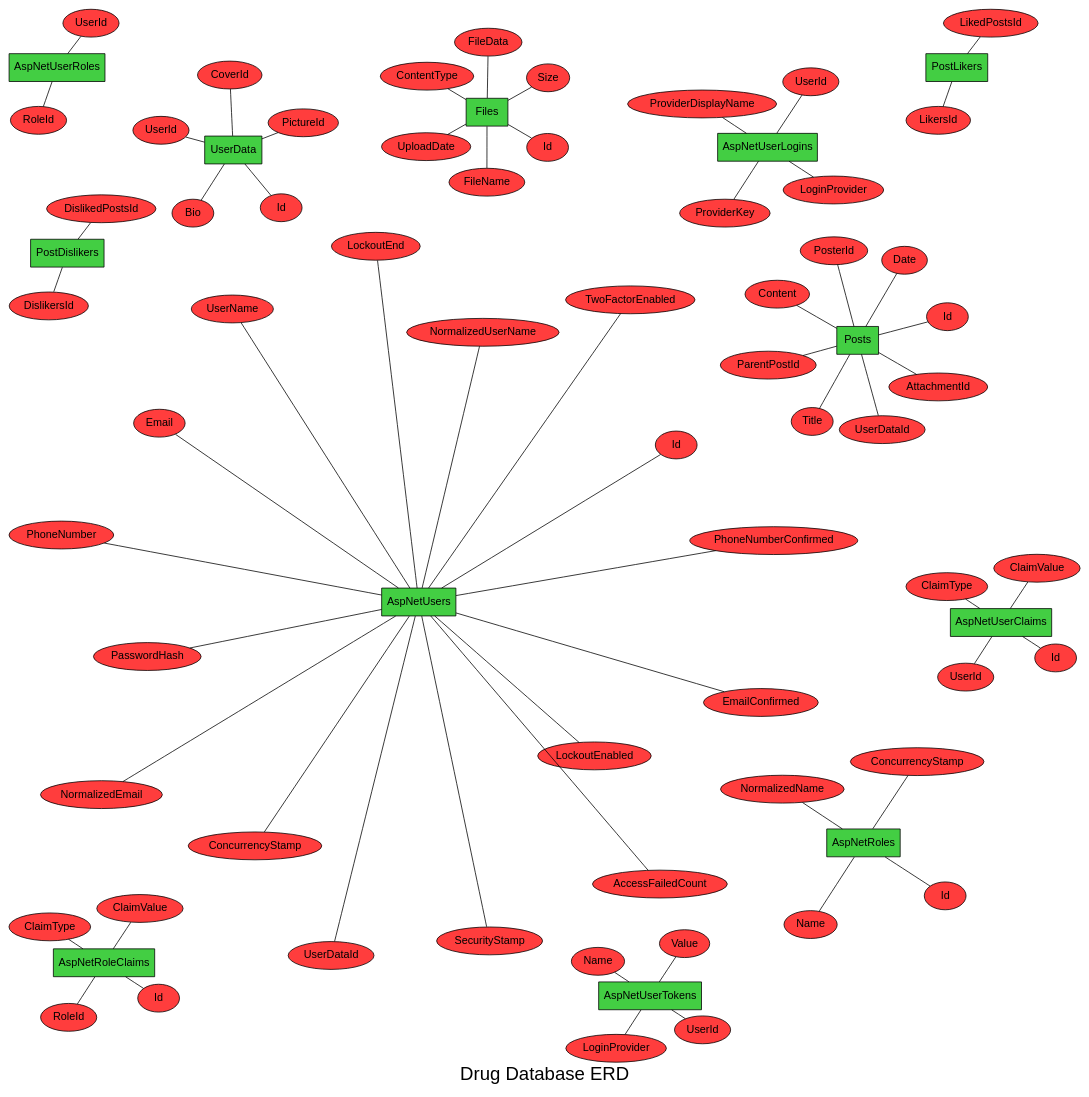
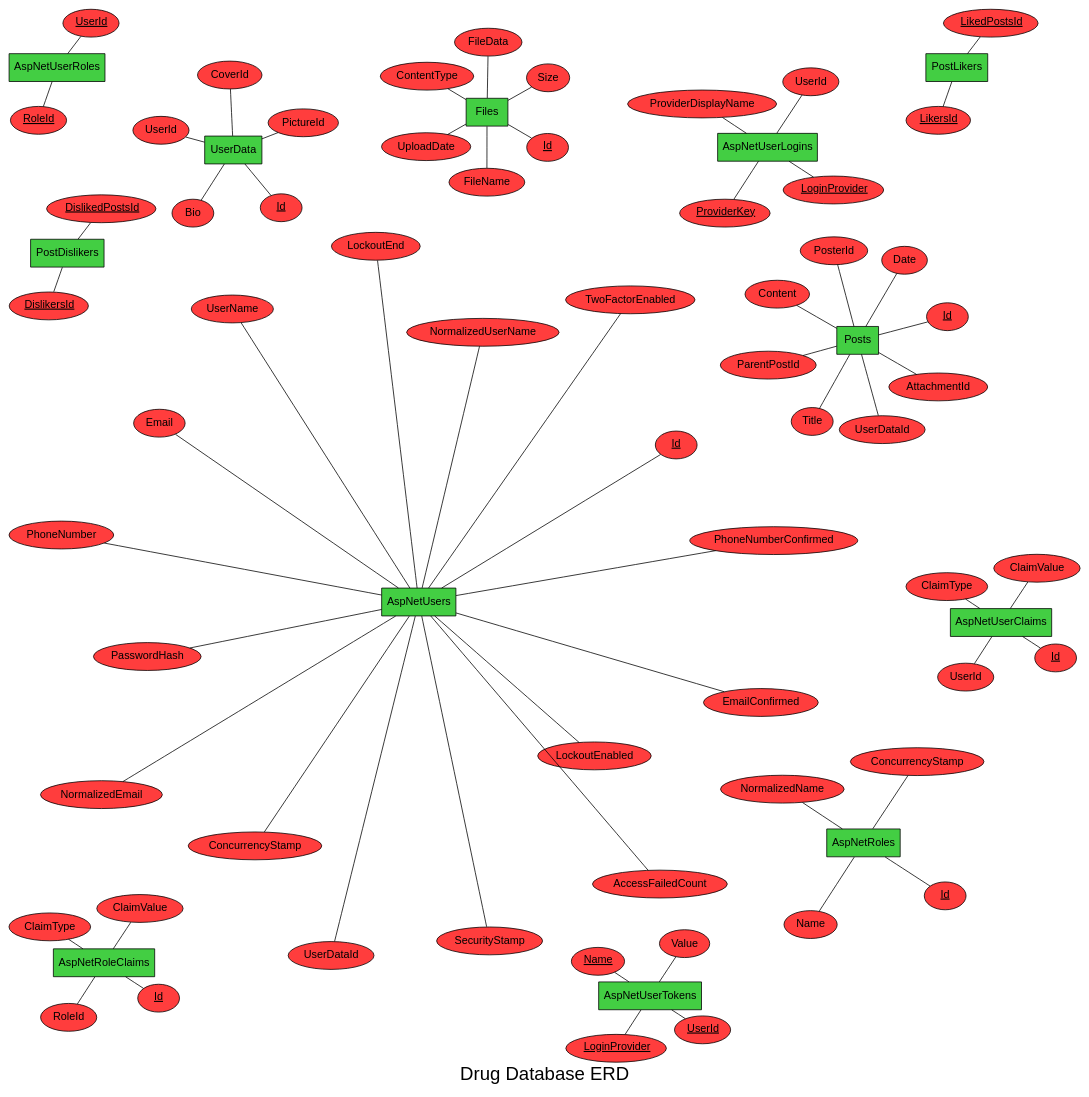
The diagram in test.dot (mhdeeb/sql2dot), drawn with Graphviz before and after one commit. The commit also changed 1 other file, not shown here.

Commit message:
WIP: relationships

```diff
--- a/test.dot
+++ b/test.dot
@@ -1,204 +1,207 @@
+
 graph ER {
-    fontname = "Helvetica,Arial,sans-serif";
-    label = "Drug Database ERD";
-    fontsize = 24;
-    layout = neato;
-    overlap = "scale";
-    node [fontname = "Helvetica,Arial,sans-serif";];
-    edge [fontname = "Helvetica,Arial,sans-serif";];
+  fontname = "Helvetica,Arial,sans-serif";
+  label = "Drug Database ERD";
+  fontsize = 24;
+  layout = neato;
+  overlap = "scale";
+  node [fontname = "Helvetica,Arial,sans-serif";];
+  edge [fontname = "Helvetica,Arial,sans-serif";];
+
+  subgraph relationships {
+    node [shape = diamond; fillcolor = "#7a7af3"; style = "rounded,filled"; color = black;];
+
     
-    subgraph relationships {
-        node [shape = diamond; fillcolor = "#7a7af3"; style = "rounded,filled"; color = black;];
-    }
-    
-    subgraph entities {
-        node [shape = box; fillcolor = "#43ce43"; style = "filled"; color = black;];
-        
-        AspNetRoles;
-        AspNetUsers;
-        Files;
-        AspNetRoleClaims;
-        AspNetUserClaims;
-        AspNetUserLogins;
-        AspNetUserRoles;
-        AspNetUserTokens;
-        UserData;
-        Posts;
-        PostDislikers;
-        PostLikers;
-    }
-    
-    subgraph attributes {
-        node [shape = ellipse; fillcolor = "#ff3d3d"; style = filled; color = black;];
-        
-        AspNetRoles__Id [label = "Id";];
-        AspNetRoles__Name [label = "Name";];
-        AspNetRoles__NormalizedName [label = "NormalizedName";];
-        AspNetRoles__ConcurrencyStamp [label = "ConcurrencyStamp";];
-        
-        AspNetUsers__Id [label = "Id";];
-        AspNetUsers__UserDataId [label = "UserDataId";];
-        AspNetUsers__UserName [label = "UserName";];
-        AspNetUsers__NormalizedUserName [label = "NormalizedUserName";];
-        AspNetUsers__Email [label = "Email";];
-        AspNetUsers__NormalizedEmail [label = "NormalizedEmail";];
-        AspNetUsers__EmailConfirmed [label = "EmailConfirmed";];
-        AspNetUsers__PasswordHash [label = "PasswordHash";];
-        AspNetUsers__SecurityStamp [label = "SecurityStamp";];
-        AspNetUsers__ConcurrencyStamp [label = "ConcurrencyStamp";];
-        AspNetUsers__PhoneNumber [label = "PhoneNumber";];
-        AspNetUsers__PhoneNumberConfirmed [label = "PhoneNumberConfirmed";];
-        AspNetUsers__TwoFactorEnabled [label = "TwoFactorEnabled";];
-        AspNetUsers__LockoutEnd [label = "LockoutEnd";];
-        AspNetUsers__LockoutEnabled [label = "LockoutEnabled";];
-        AspNetUsers__AccessFailedCount [label = "AccessFailedCount";];
-        
-        Files__Id [label = "Id";];
-        Files__FileName [label = "FileName";];
-        Files__ContentType [label = "ContentType";];
-        Files__Size [label = "Size";];
-        Files__FileData [label = "FileData";];
-        Files__UploadDate [label = "UploadDate";];
-        
-        AspNetRoleClaims__Id [label = "Id";];
-        AspNetRoleClaims__RoleId [label = "RoleId";];
-        AspNetRoleClaims__ClaimType [label = "ClaimType";];
-        AspNetRoleClaims__ClaimValue [label = "ClaimValue";];
-        
-        AspNetUserClaims__Id [label = "Id";];
-        AspNetUserClaims__UserId [label = "UserId";];
-        AspNetUserClaims__ClaimType [label = "ClaimType";];
-        AspNetUserClaims__ClaimValue [label = "ClaimValue";];
-        
-        AspNetUserLogins__LoginProvider [label = "LoginProvider";];
-        AspNetUserLogins__ProviderKey [label = "ProviderKey";];
-        AspNetUserLogins__ProviderDisplayName [label = "ProviderDisplayName";];
-        AspNetUserLogins__UserId [label = "UserId";];
-        
-        AspNetUserRoles__UserId [label = "UserId";];
-        AspNetUserRoles__RoleId [label = "RoleId";];
-        
-        AspNetUserTokens__UserId [label = "UserId";];
-        AspNetUserTokens__LoginProvider [label = "LoginProvider";];
-        AspNetUserTokens__Name [label = "Name";];
-        AspNetUserTokens__Value [label = "Value";];
-        
-        UserData__Id [label = "Id";];
-        UserData__Bio [label = "Bio";];
-        UserData__UserId [label = "UserId";];
-        UserData__PictureId [label = "PictureId";];
-        UserData__CoverId [label = "CoverId";];
-        
-        Posts__Id [label = "Id";];
-        Posts__Title [label = "Title";];
-        Posts__Content [label = "Content";];
-        Posts__Date [label = "Date";];
-        Posts__PosterId [label = "PosterId";];
-        Posts__ParentPostId [label = "ParentPostId";];
-        Posts__AttachmentId [label = "AttachmentId";];
-        Posts__UserDataId [label = "UserDataId";];
-        
-        PostDislikers__DislikedPostsId [label = "DislikedPostsId";];
-        PostDislikers__DislikersId [label = "DislikersId";];
-        
-        PostLikers__LikedPostsId [label = "LikedPostsId";];
-        PostLikers__LikersId [label = "LikersId";];
-    }
-    
-    subgraph AspNetRoles {
-        AspNetRoles -- AspNetRoles__Id;
-        AspNetRoles -- AspNetRoles__Name;
-        AspNetRoles -- AspNetRoles__NormalizedName;
-        AspNetRoles -- AspNetRoles__ConcurrencyStamp;
-    }
-    
-    subgraph AspNetUsers {
-        AspNetUsers -- AspNetUsers__Id;
-        AspNetUsers -- AspNetUsers__UserDataId;
-        AspNetUsers -- AspNetUsers__UserName;
-        AspNetUsers -- AspNetUsers__NormalizedUserName;
-        AspNetUsers -- AspNetUsers__Email;
-        AspNetUsers -- AspNetUsers__NormalizedEmail;
-        AspNetUsers -- AspNetUsers__EmailConfirmed;
-        AspNetUsers -- AspNetUsers__PasswordHash;
-        AspNetUsers -- AspNetUsers__SecurityStamp;
-        AspNetUsers -- AspNetUsers__ConcurrencyStamp;
-        AspNetUsers -- AspNetUsers__PhoneNumber;
-        AspNetUsers -- AspNetUsers__PhoneNumberConfirmed;
-        AspNetUsers -- AspNetUsers__TwoFactorEnabled;
-        AspNetUsers -- AspNetUsers__LockoutEnd;
-        AspNetUsers -- AspNetUsers__LockoutEnabled;
-        AspNetUsers -- AspNetUsers__AccessFailedCount;
-    }
-    
-    subgraph Files {
-        Files -- Files__Id;
-        Files -- Files__FileName;
-        Files -- Files__ContentType;
-        Files -- Files__Size;
-        Files -- Files__FileData;
-        Files -- Files__UploadDate;
-    }
-    
-    subgraph AspNetRoleClaims {
-        AspNetRoleClaims -- AspNetRoleClaims__Id;
-        AspNetRoleClaims -- AspNetRoleClaims__RoleId;
-        AspNetRoleClaims -- AspNetRoleClaims__ClaimType;
-        AspNetRoleClaims -- AspNetRoleClaims__ClaimValue;
-    }
-    
-    subgraph AspNetUserClaims {
-        AspNetUserClaims -- AspNetUserClaims__Id;
-        AspNetUserClaims -- AspNetUserClaims__UserId;
-        AspNetUserClaims -- AspNetUserClaims__ClaimType;
-        AspNetUserClaims -- AspNetUserClaims__ClaimValue;
-    }
-    
-    subgraph AspNetUserLogins {
-        AspNetUserLogins -- AspNetUserLogins__LoginProvider;
-        AspNetUserLogins -- AspNetUserLogins__ProviderKey;
-        AspNetUserLogins -- AspNetUserLogins__ProviderDisplayName;
-        AspNetUserLogins -- AspNetUserLogins__UserId;
-    }
-    
-    subgraph AspNetUserRoles {
-        AspNetUserRoles -- AspNetUserRoles__UserId;
-        AspNetUserRoles -- AspNetUserRoles__RoleId;
-    }
-    
-    subgraph AspNetUserTokens {
-        AspNetUserTokens -- AspNetUserTokens__UserId;
-        AspNetUserTokens -- AspNetUserTokens__LoginProvider;
-        AspNetUserTokens -- AspNetUserTokens__Name;
-        AspNetUserTokens -- AspNetUserTokens__Value;
-    }
-    
-    subgraph UserData {
-        UserData -- UserData__Id;
-        UserData -- UserData__Bio;
-        UserData -- UserData__UserId;
-        UserData -- UserData__PictureId;
-        UserData -- UserData__CoverId;
-    }
-    
-    subgraph Posts {
-        Posts -- Posts__Id;
-        Posts -- Posts__Title;
-        Posts -- Posts__Content;
-        Posts -- Posts__Date;
-        Posts -- Posts__PosterId;
-        Posts -- Posts__ParentPostId;
-        Posts -- Posts__AttachmentId;
-        Posts -- Posts__UserDataId;
-    }
-    
-    subgraph PostDislikers {
-        PostDislikers -- PostDislikers__DislikedPostsId;
-        PostDislikers -- PostDislikers__DislikersId;
-    }
-    
-    subgraph PostLikers {
-        PostLikers -- PostLikers__LikedPostsId;
-        PostLikers -- PostLikers__LikersId;
-    }
+  }
+
+  subgraph entities {
+    node [shape = box; fillcolor = "#43ce43"; style = "filled"; color = black;];
+
+    AspNetRoles;
+    AspNetUsers;
+    Files;
+    AspNetRoleClaims;
+    AspNetUserClaims;
+    AspNetUserLogins;
+    AspNetUserRoles;
+    AspNetUserTokens;
+    UserData;
+    Posts;
+    PostDislikers;
+    PostLikers;
+  }
+
+  subgraph attributes {
+    node [shape = ellipse; fillcolor = "#ff3d3d"; style = filled; color = black;];
+
+    AspNetRoles__Id [label = <<U>Id</U>>;];
+    AspNetRoles__Name [label = "Name";];
+    AspNetRoles__NormalizedName [label = "NormalizedName";];
+    AspNetRoles__ConcurrencyStamp [label = "ConcurrencyStamp";];
+
+    AspNetUsers__Id [label = <<U>Id</U>>;];
+    AspNetUsers__UserDataId [label = "UserDataId";];
+    AspNetUsers__UserName [label = "UserName";];
+    AspNetUsers__NormalizedUserName [label = "NormalizedUserName";];
+    AspNetUsers__Email [label = "Email";];
+    AspNetUsers__NormalizedEmail [label = "NormalizedEmail";];
+    AspNetUsers__EmailConfirmed [label = "EmailConfirmed";];
+    AspNetUsers__PasswordHash [label = "PasswordHash";];
+    AspNetUsers__SecurityStamp [label = "SecurityStamp";];
+    AspNetUsers__ConcurrencyStamp [label = "ConcurrencyStamp";];
+    AspNetUsers__PhoneNumber [label = "PhoneNumber";];
+    AspNetUsers__PhoneNumberConfirmed [label = "PhoneNumberConfirmed";];
+    AspNetUsers__TwoFactorEnabled [label = "TwoFactorEnabled";];
+    AspNetUsers__LockoutEnd [label = "LockoutEnd";];
+    AspNetUsers__LockoutEnabled [label = "LockoutEnabled";];
+    AspNetUsers__AccessFailedCount [label = "AccessFailedCount";];
+
+    Files__Id [label = <<U>Id</U>>;];
+    Files__FileName [label = "FileName";];
+    Files__ContentType [label = "ContentType";];
+    Files__Size [label = "Size";];
+    Files__FileData [label = "FileData";];
+    Files__UploadDate [label = "UploadDate";];
+
+    AspNetRoleClaims__Id [label = <<U>Id</U>>;];
+    AspNetRoleClaims__RoleId [label = "RoleId";];
+    AspNetRoleClaims__ClaimType [label = "ClaimType";];
+    AspNetRoleClaims__ClaimValue [label = "ClaimValue";];
+
+    AspNetUserClaims__Id [label = <<U>Id</U>>;];
+    AspNetUserClaims__UserId [label = "UserId";];
+    AspNetUserClaims__ClaimType [label = "ClaimType";];
+    AspNetUserClaims__ClaimValue [label = "ClaimValue";];
+
+    AspNetUserLogins__LoginProvider [label = <<U>LoginProvider</U>>;];
+    AspNetUserLogins__ProviderKey [label = <<U>ProviderKey</U>>;];
+    AspNetUserLogins__ProviderDisplayName [label = "ProviderDisplayName";];
+    AspNetUserLogins__UserId [label = "UserId";];
+
+    AspNetUserRoles__UserId [label = <<U>UserId</U>>;];
+    AspNetUserRoles__RoleId [label = <<U>RoleId</U>>;];
+
+    AspNetUserTokens__UserId [label = <<U>UserId</U>>;];
+    AspNetUserTokens__LoginProvider [label = <<U>LoginProvider</U>>;];
+    AspNetUserTokens__Name [label = <<U>Name</U>>;];
+    AspNetUserTokens__Value [label = "Value";];
+
+    UserData__Id [label = <<U>Id</U>>;];
+    UserData__Bio [label = "Bio";];
+    UserData__UserId [label = "UserId";];
+    UserData__PictureId [label = "PictureId";];
+    UserData__CoverId [label = "CoverId";];
+
+    Posts__Id [label = <<U>Id</U>>;];
+    Posts__Title [label = "Title";];
+    Posts__Content [label = "Content";];
+    Posts__Date [label = "Date";];
+    Posts__PosterId [label = "PosterId";];
+    Posts__ParentPostId [label = "ParentPostId";];
+    Posts__AttachmentId [label = "AttachmentId";];
+    Posts__UserDataId [label = "UserDataId";];
+
+    PostDislikers__DislikedPostsId [label = <<U>DislikedPostsId</U>>;];
+    PostDislikers__DislikersId [label = <<U>DislikersId</U>>;];
+
+    PostLikers__LikedPostsId [label = <<U>LikedPostsId</U>>;];
+    PostLikers__LikersId [label = <<U>LikersId</U>>;];
+  }
+
+  subgraph AspNetRoles {
+    AspNetRoles -- AspNetRoles__Id;
+    AspNetRoles -- AspNetRoles__Name;
+    AspNetRoles -- AspNetRoles__NormalizedName;
+    AspNetRoles -- AspNetRoles__ConcurrencyStamp;
+  }
+
+  subgraph AspNetUsers {
+    AspNetUsers -- AspNetUsers__Id;
+    AspNetUsers -- AspNetUsers__UserDataId;
+    AspNetUsers -- AspNetUsers__UserName;
+    AspNetUsers -- AspNetUsers__NormalizedUserName;
+    AspNetUsers -- AspNetUsers__Email;
+    AspNetUsers -- AspNetUsers__NormalizedEmail;
+    AspNetUsers -- AspNetUsers__EmailConfirmed;
+    AspNetUsers -- AspNetUsers__PasswordHash;
+    AspNetUsers -- AspNetUsers__SecurityStamp;
+    AspNetUsers -- AspNetUsers__ConcurrencyStamp;
+    AspNetUsers -- AspNetUsers__PhoneNumber;
+    AspNetUsers -- AspNetUsers__PhoneNumberConfirmed;
+    AspNetUsers -- AspNetUsers__TwoFactorEnabled;
+    AspNetUsers -- AspNetUsers__LockoutEnd;
+    AspNetUsers -- AspNetUsers__LockoutEnabled;
+    AspNetUsers -- AspNetUsers__AccessFailedCount;
+  }
+
+  subgraph Files {
+    Files -- Files__Id;
+    Files -- Files__FileName;
+    Files -- Files__ContentType;
+    Files -- Files__Size;
+    Files -- Files__FileData;
+    Files -- Files__UploadDate;
+  }
+
+  subgraph AspNetRoleClaims {
+    AspNetRoleClaims -- AspNetRoleClaims__Id;
+    AspNetRoleClaims -- AspNetRoleClaims__RoleId;
+    AspNetRoleClaims -- AspNetRoleClaims__ClaimType;
+    AspNetRoleClaims -- AspNetRoleClaims__ClaimValue;
+  }
+
+  subgraph AspNetUserClaims {
+    AspNetUserClaims -- AspNetUserClaims__Id;
+    AspNetUserClaims -- AspNetUserClaims__UserId;
+    AspNetUserClaims -- AspNetUserClaims__ClaimType;
+    AspNetUserClaims -- AspNetUserClaims__ClaimValue;
+  }
+
+  subgraph AspNetUserLogins {
+    AspNetUserLogins -- AspNetUserLogins__LoginProvider;
+    AspNetUserLogins -- AspNetUserLogins__ProviderKey;
+    AspNetUserLogins -- AspNetUserLogins__ProviderDisplayName;
+    AspNetUserLogins -- AspNetUserLogins__UserId;
+  }
+
+  subgraph AspNetUserRoles {
+    AspNetUserRoles -- AspNetUserRoles__UserId;
+    AspNetUserRoles -- AspNetUserRoles__RoleId;
+  }
+
+  subgraph AspNetUserTokens {
+    AspNetUserTokens -- AspNetUserTokens__UserId;
+    AspNetUserTokens -- AspNetUserTokens__LoginProvider;
+    AspNetUserTokens -- AspNetUserTokens__Name;
+    AspNetUserTokens -- AspNetUserTokens__Value;
+  }
+
+  subgraph UserData {
+    UserData -- UserData__Id;
+    UserData -- UserData__Bio;
+    UserData -- UserData__UserId;
+    UserData -- UserData__PictureId;
+    UserData -- UserData__CoverId;
+  }
+
+  subgraph Posts {
+    Posts -- Posts__Id;
+    Posts -- Posts__Title;
+    Posts -- Posts__Content;
+    Posts -- Posts__Date;
+    Posts -- Posts__PosterId;
+    Posts -- Posts__ParentPostId;
+    Posts -- Posts__AttachmentId;
+    Posts -- Posts__UserDataId;
+  }
+
+  subgraph PostDislikers {
+    PostDislikers -- PostDislikers__DislikedPostsId;
+    PostDislikers -- PostDislikers__DislikersId;
+  }
+
+  subgraph PostLikers {
+    PostLikers -- PostLikers__LikedPostsId;
+    PostLikers -- PostLikers__LikersId;
+  }
 }
```
